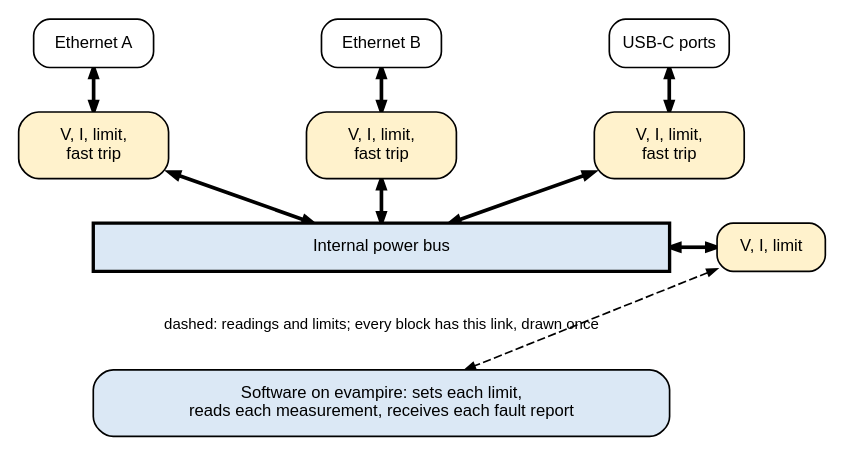
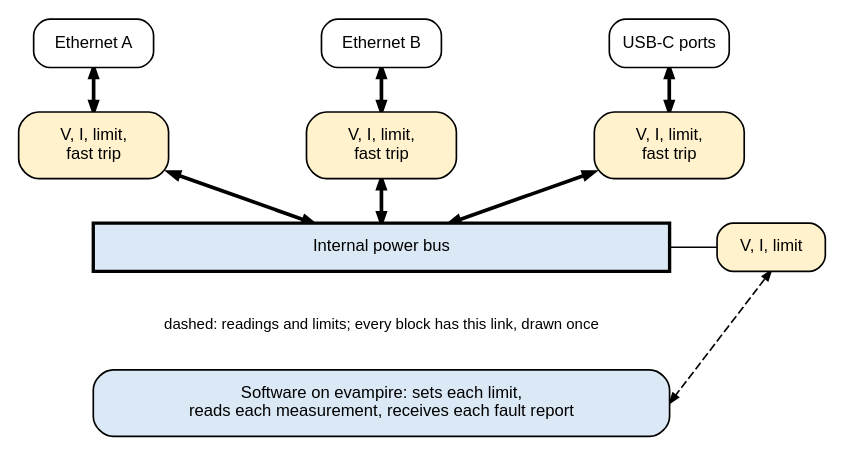
Before and after one commit to mithro/evampire: the diagram in docs/power/poe/measure-points.dot, drawn with Graphviz.

Commit message:
Draw the bus measurement link as a plain line
Bold double arrows mean power flow. The readings link now leaves the
block's lower edge, clear of the note.

```diff
--- a/docs/power/poe/measure-points.dot
+++ b/docs/power/poe/measure-points.dot
@@ -1,38 +1,38 @@
 // The measurement and limit points on each power port and on the bus of
 // a full-design board. From monitoring.rst.
 //
 // Fill colours: ports #ffffff, measurement and limit blocks #fff2cc,
 // evampire and the bus #dbe8f5. Bold edges carry power, dashed edges
 // readings and limits. Fixed grid (positions in inches).
 //
 // SPDX-License-Identifier: Apache-2.0
 
 digraph measure_points {
     graph [layout=neato, splines=false, overlap=true, outputorder=edgesfirst,
            fontname="Helvetica"];
     node  [shape=box, style="rounded,filled", fillcolor="#fff2cc",
            fontname="Helvetica", fontsize=10, width=1.25, height=0.55,
            fixedsize=true];
     edge  [fontname="Helvetica", fontsize=9, arrowsize=0.6];
 
     bus [pos="3.6,2.0!", label="Internal power bus", width=4.8, height=0.4,
          fillcolor="#dbe8f5", style="filled,bold"];
     mb  [pos="6.85,2.0!", label="V, I, limit", width=0.9, height=0.4];
     pa  [pos="1.2,3.7!", label="Ethernet A", fillcolor="#ffffff", width=1.0, height=0.4];
     pb  [pos="3.6,3.7!", label="Ethernet B", fillcolor="#ffffff", width=1.0, height=0.4];
     u1  [pos="6.0,3.7!", label="USB-C ports", fillcolor="#ffffff", width=1.0, height=0.4];
     ma  [pos="1.2,2.85!", label="V, I, limit,\nfast trip"];
     mb2 [pos="3.6,2.85!", label="V, I, limit,\nfast trip"];
     mu  [pos="6.0,2.85!", label="V, I, limit,\nfast trip"];
     sw  [pos="3.6,0.7!", label="Software on evampire: sets each limit,\nreads each measurement, receives each fault report",
          width=4.8, height=0.55, fillcolor="#dbe8f5"];
 
     pa -> ma [dir=both, penwidth=2.2]; ma -> bus [dir=both, penwidth=2.2];
     pb -> mb2 [dir=both, penwidth=2.2]; mb2 -> bus [dir=both, penwidth=2.2];
     u1 -> mu [dir=both, penwidth=2.2]; mu -> bus [dir=both, penwidth=2.2];
-    bus -> mb [dir=both, penwidth=2.2];
-    mb -> sw [style=dashed, dir=both];
+    bus -> mb [dir=none];
+    mb:s -> sw:e [style=dashed, dir=both];
     bus -> sw [style=invis];
     n [pos="3.6,1.35!", shape=plaintext, style="", width=4.6, height=0.3,
        fontsize=9, label="dashed: readings and limits; every block has this link, drawn once"];
 }
```
